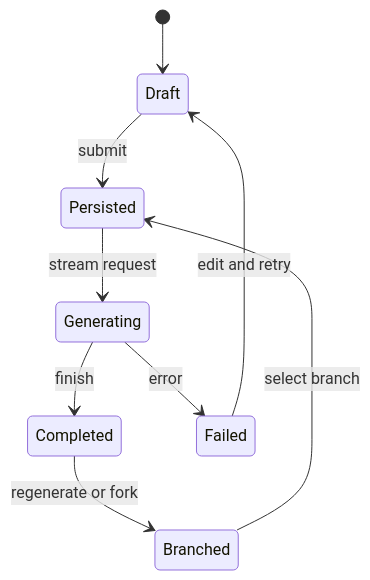
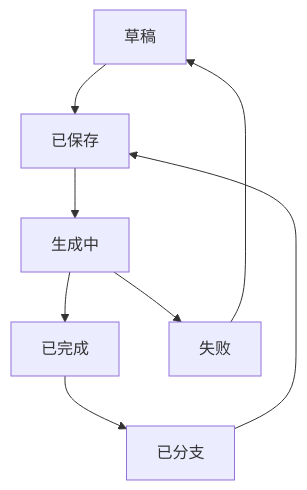
The fifth of 7 diagrams in README_ZH_CN.md (EterUltimate/EterUee), drawn with Mermaid before and after one commit. The commit also changed other lines of this file and 2 other files, not shown here.

Commit message:
docs: make README diagrams GitHub-safe

````diff
--- a/README_ZH_CN.md
+++ b/README_ZH_CN.md
@@ -188,11 +166,17 @@
 ```mermaid
-stateDiagram-v2
-    [*] --> Draft
-    Draft --> Persisted: submit
-    Persisted --> Generating: stream request
-    Generating --> Completed: finish
-    Generating --> Failed: error
-    Completed --> Branched: regenerate or fork
-    Failed --> Draft: edit and retry
-    Branched --> Persisted: select branch
+graph TD
+    Draft[草稿]
+    Persisted[已保存]
+    Generating[生成中]
+    Completed[已完成]
+    Failed[失败]
+    Branched[已分支]
+
+    Draft --> Persisted
+    Persisted --> Generating
+    Generating --> Completed
+    Generating --> Failed
+    Completed --> Branched
+    Failed --> Draft
+    Branched --> Persisted
 ```
````
